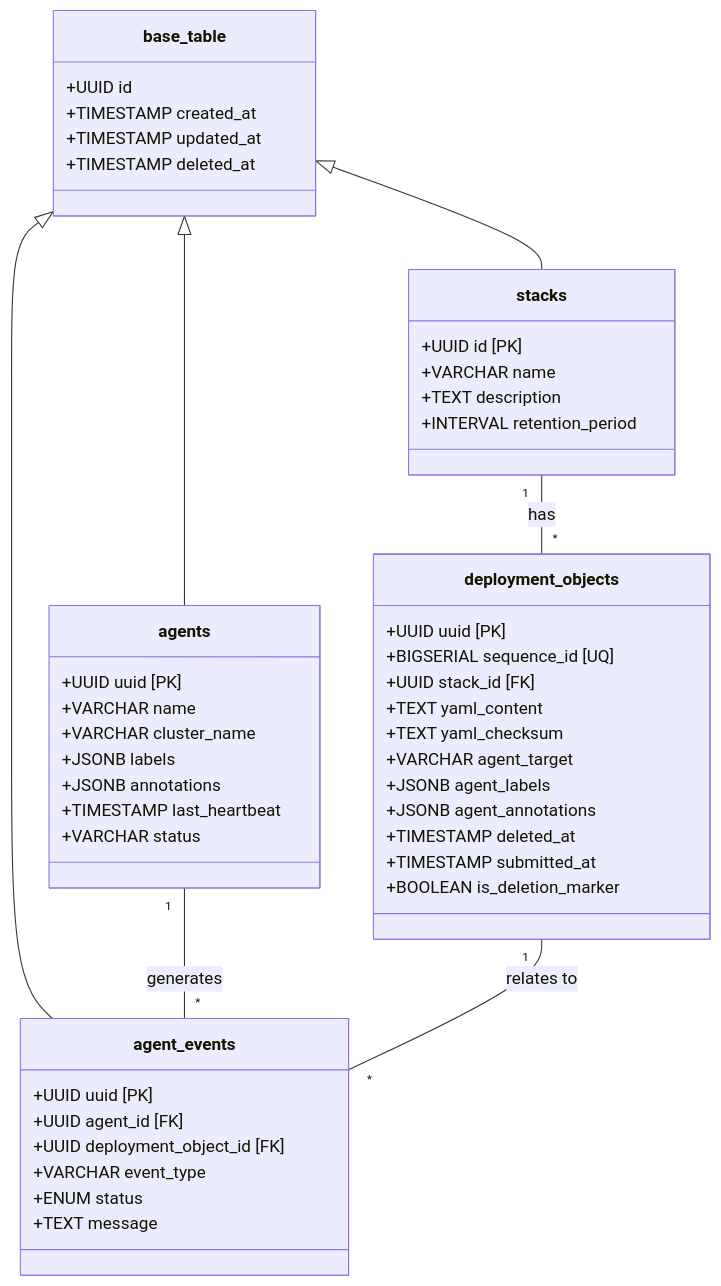
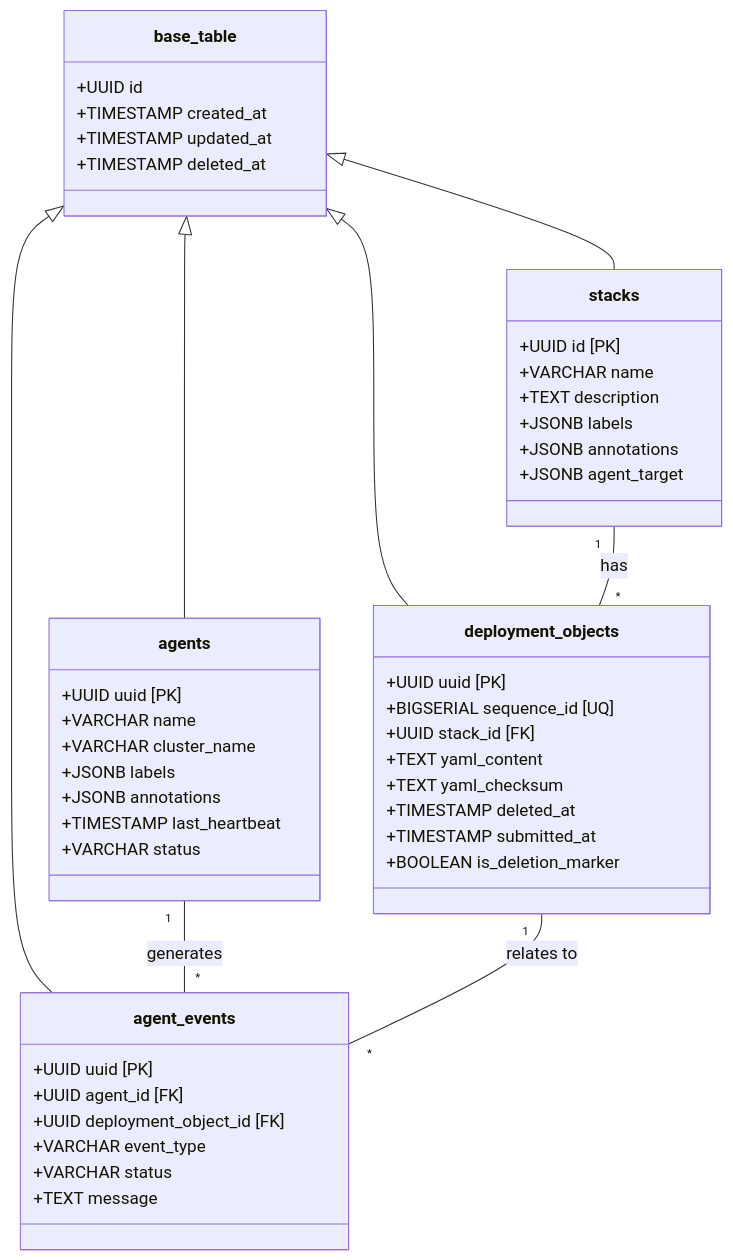
Before and after one commit to colliery-io/brokkr: the diagram in DATAMODEL.md, drawn with Mermaid. The commit also changed other lines of this file, not shown here.

````diff
--- a/DATAMODEL.md
+++ b/DATAMODEL.md
@@ -3,51 +3,51 @@
 ```mermaid
 classDiagram
     class base_table {
         +UUID id
         +TIMESTAMP created_at
         +TIMESTAMP updated_at
         +TIMESTAMP deleted_at
     }
     class agents {
         +UUID uuid [PK]
         +VARCHAR name
         +VARCHAR cluster_name
         +JSONB labels
         +JSONB annotations
         +TIMESTAMP last_heartbeat
         +VARCHAR status
     }
     class deployment_objects {
         +UUID uuid [PK]
         +BIGSERIAL sequence_id [UQ]
         +UUID stack_id [FK]
         +TEXT yaml_content
         +TEXT yaml_checksum
-        +VARCHAR agent_target
-        +JSONB agent_labels
-        +JSONB agent_annotations
         +TIMESTAMP deleted_at
         +TIMESTAMP submitted_at
         +BOOLEAN is_deletion_marker
     }
     class stacks {
         +UUID id [PK]
         +VARCHAR name
         +TEXT description
-        +INTERVAL retention_period
+        +JSONB labels
+        +JSONB annotations
+        +JSONB agent_target
     }
     class agent_events {
         +UUID uuid [PK]
         +UUID agent_id [FK]
         +UUID deployment_object_id [FK]
         +VARCHAR event_type
-        +ENUM status
+        +VARCHAR status
         +TEXT message
     }
     base_table <|-- agents
     base_table <|-- stacks
     base_table <|-- agent_events
+    base_table <|-- deployment_objects
     stacks "1" -- "*" deployment_objects : has
     agents "1" -- "*" agent_events : generates
     deployment_objects "1" -- "*" agent_events : relates to
 ```
````
